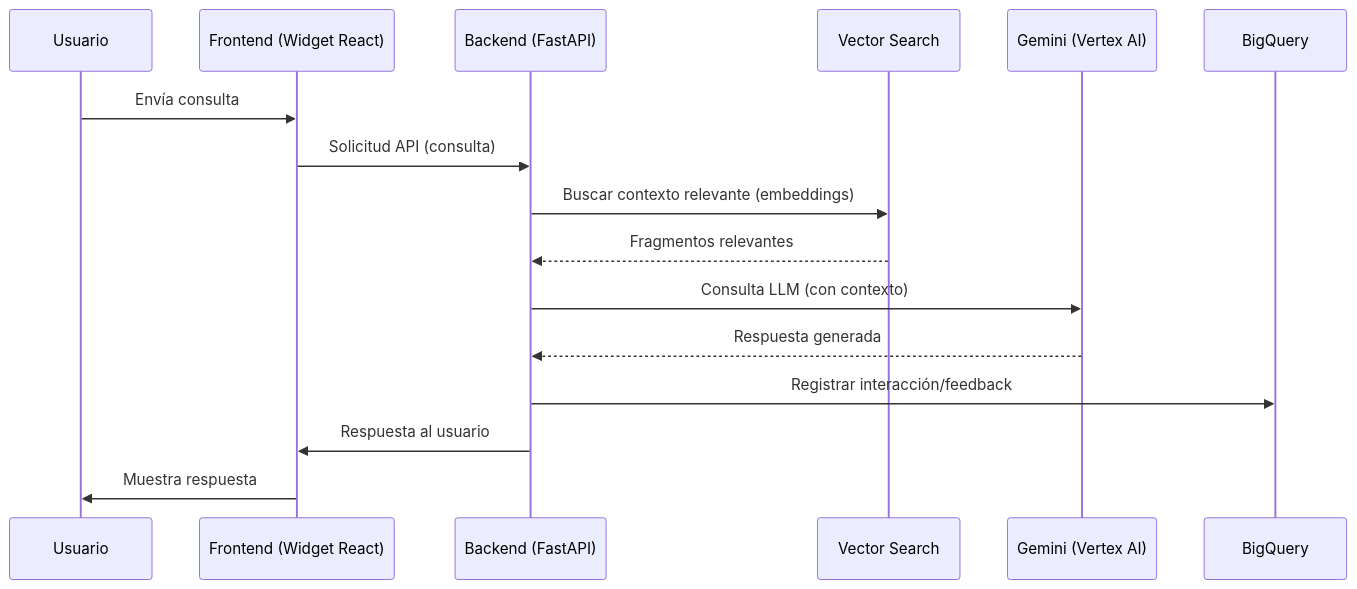
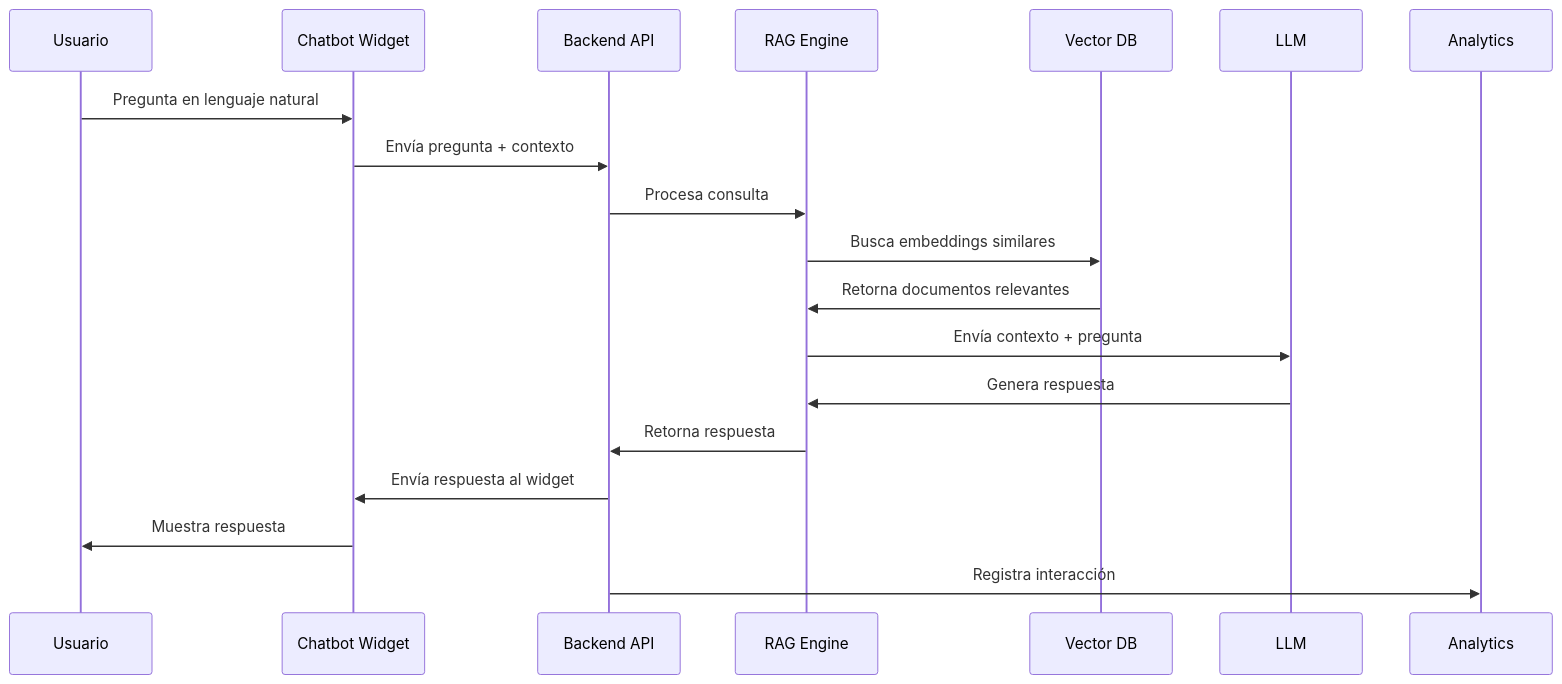
The second of 27 diagrams in docs/tech-solution.md (LIDR-academy/AI4Devs-finalproject), drawn with Mermaid before and after one commit. The commit also changed other lines of this file and 13 other files, not shown here.

````diff
--- a/docs/tech-solution.md
+++ b/docs/tech-solution.md
@@ -86,18 +154,22 @@
 ```mermaid
 sequenceDiagram
     participant U as Usuario
-    participant F as Frontend (Widget React)
-    participant B as Backend (FastAPI)
-    participant V as Vector Search
-    participant G as Gemini (Vertex AI)
-    participant Q as BigQuery
-    U->>F: Envía consulta
-    F->>B: Solicitud API (consulta)
-    B->>V: Buscar contexto relevante (embeddings)
-    V-->>B: Fragmentos relevantes
-    B->>G: Consulta LLM (con contexto)
-    G-->>B: Respuesta generada
-    B->>Q: Registrar interacción/feedback
-    B->>F: Respuesta al usuario
-    F->>U: Muestra respuesta
+    participant C as Chatbot Widget
+    participant B as Backend API
+    participant R as RAG Engine
+    participant V as Vector DB
+    participant L as LLM
+    participant A as Analytics
+
+    U->>C: Pregunta en lenguaje natural
+    C->>B: Envía pregunta + contexto
+    B->>R: Procesa consulta
+    R->>V: Busca embeddings similares
+    V->>R: Retorna documentos relevantes
+    R->>L: Envía contexto + pregunta
+    L->>R: Genera respuesta
+    R->>B: Retorna respuesta
+    B->>C: Envía respuesta al widget
+    C->>U: Muestra respuesta
+    B->>A: Registra interacción
 ```
````
